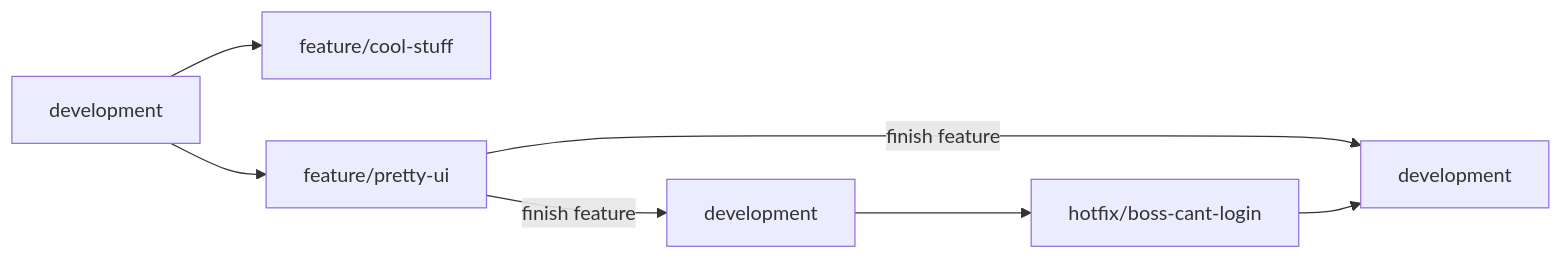
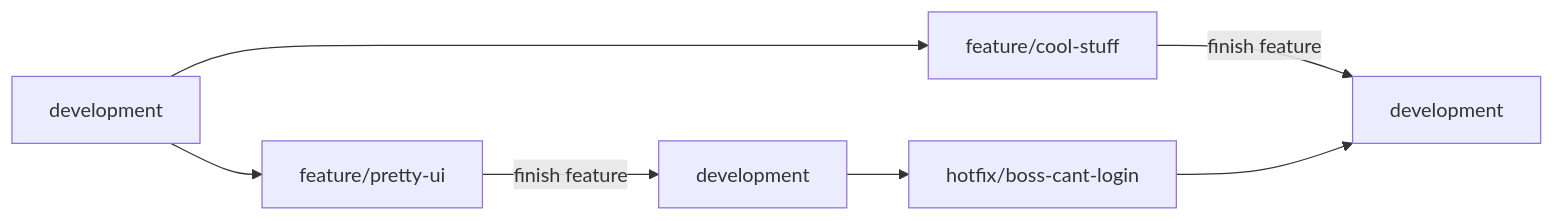
The diagram in testy/plan_zarządzania_jakością_produktu.md (hasparus/software-engineering-class), drawn with Mermaid before and after one commit. The commit also changed other lines of this file, not shown here.

Commit message:
Uploaded by https://stackedit.io/

````diff
--- a/testy/plan_zarządzania_jakością_produktu.md
+++ b/testy/plan_zarządzania_jakością_produktu.md
@@ -19,10 +19,10 @@
 ```mermaid
 graph LR;
 	d#1[development]-->feature/cool-stuff;
 	d#1[development]-->feature/pretty-ui;
 	feature/pretty-ui--finish feature-->d#2[development];
-	feature/pretty-ui--finish feature-->d#3[development];
+	feature/cool-stuff--finish feature-->d#3[development];
 	d#2[development]-->hotfix/boss-cant-login;
 	hotfix/boss-cant-login-->d#3[development]	
 	
 ```
````
